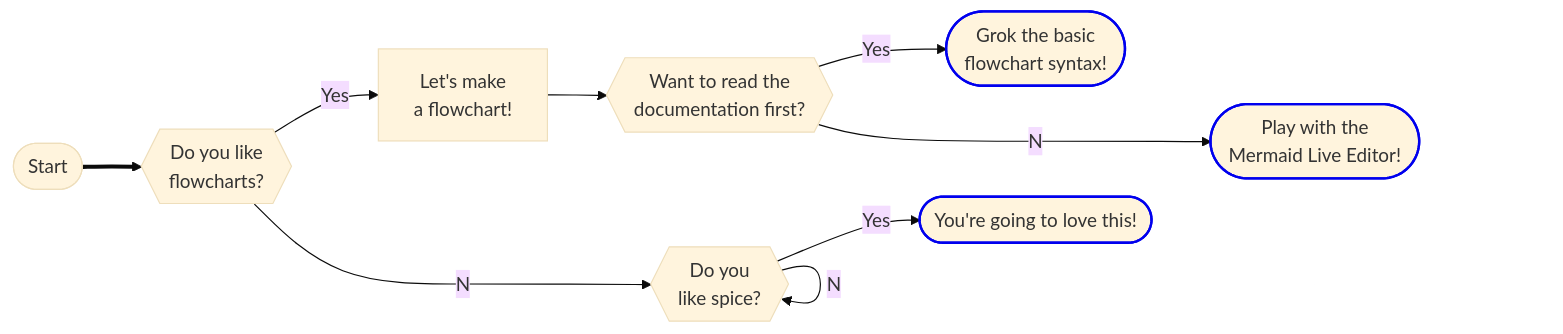
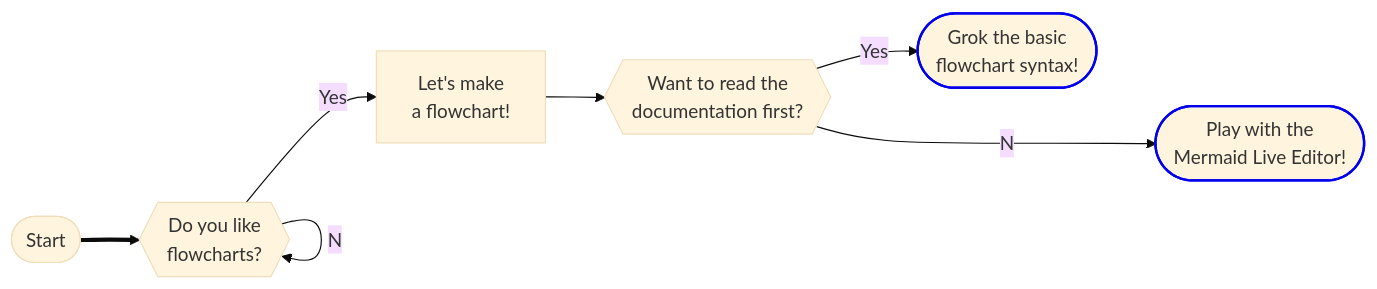
One commit to tfle/tfle changed the diagram in README.md. Above: the diagram before and after it, drawn with Mermaid.

````diff
--- a/README.md
+++ b/README.md
@@ -2,16 +2,14 @@
 ```mermaid
 %%{init:{"theme":"base"}}%%
 flowchart LR
     classDef clickStyle stroke:#0000EE,stroke-width:2px
     A([Start]) ==>B{{Do you like<br> flowcharts?}}
     B --Yes--> C[Let's make<br> a flowchart!] --> D{{Want to read the<br> documentation first?}}
     D --Yes--> E([Grok the basic<br> flowchart syntax!])
     D --No--> F([Play with the<br> Mermaid Live Editor!])
-    B --No--> B1{{Do you<br> like spice?}}
-    B1 --Yes--> B2([You're going to love this!])
-    B1 --No--> B1
+    B --No--> B
     click B2 "https://youtu.be/dQw4w9WgXcQ" _blank
     click E "https://mermaid-js.github.io/mermaid/#/flowchart" _blank
     click F "https://mermaid.live/" _blank
     class B2,E,F clickStyle
 ```
````
